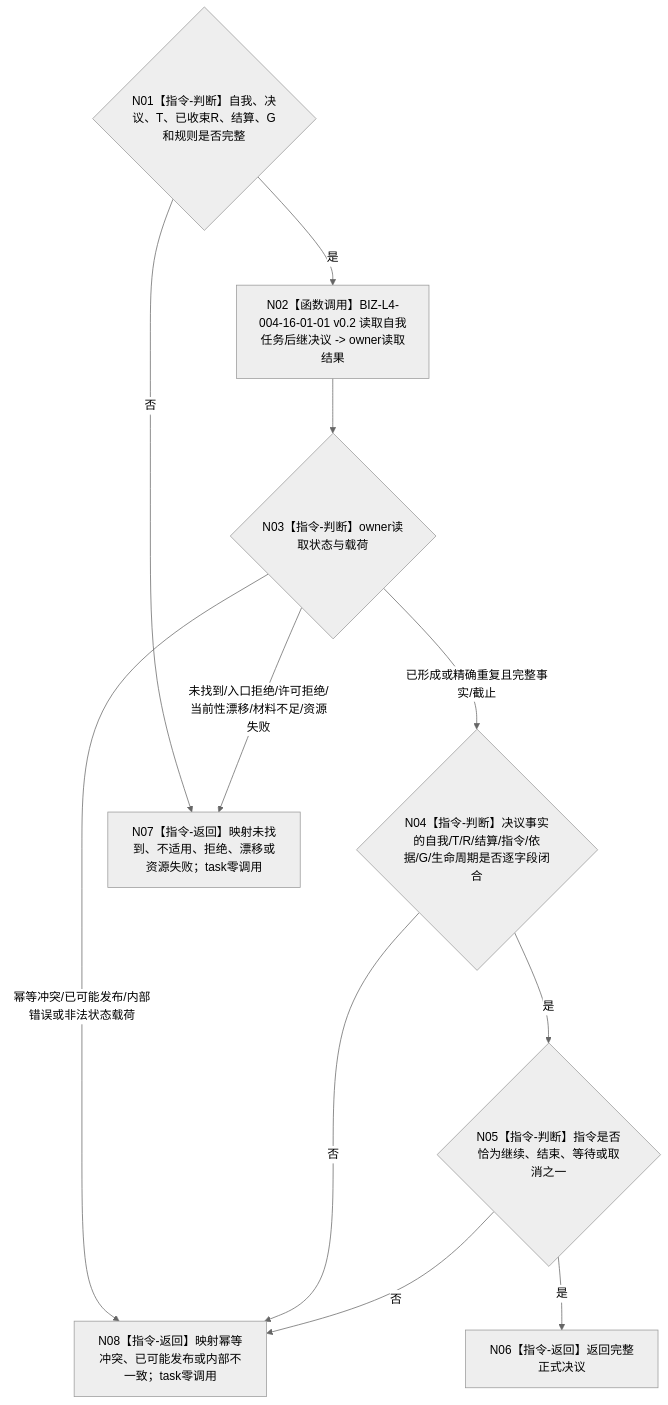
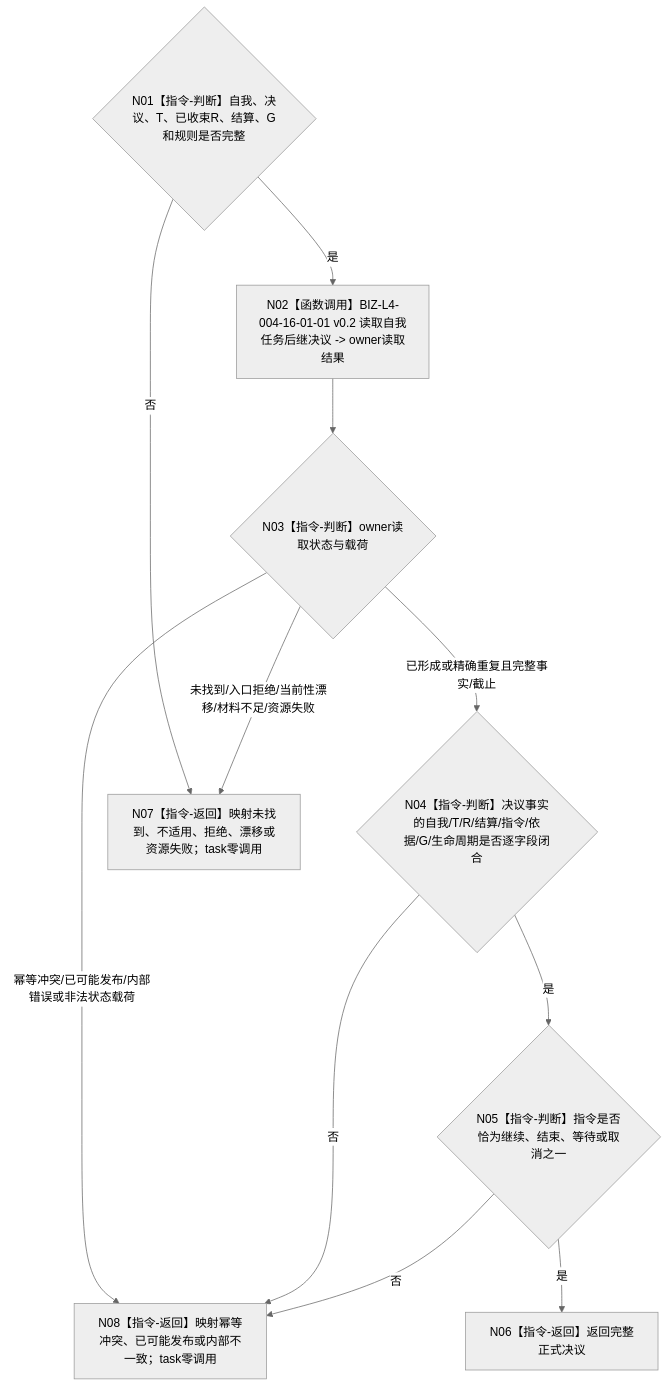
Before and after one commit to chunhaizh-cyber/HY-Ego: the diagram in 流程图/目标业务流程图/L3/BIZ-L3-004-16-01_独立读取并互证自我任务后继决议_目标函数流程图_v0.2.md, drawn with Mermaid (neutral theme). The commit also changed other lines of this file and 24 other files, not shown here.

````diff
--- a/流程图/目标业务流程图/L3/BIZ-L3-004-16-01_独立读取并互证自我任务后继决议_目标函数流程图_v0.2.md
+++ b/流程图/目标业务流程图/L3/BIZ-L3-004-16-01_独立读取并互证自我任务后继决议_目标函数流程图_v0.2.md
@@ -32,21 +32,21 @@
 ```mermaid
 flowchart TD
     N01{"N01【指令-判断】自我、决议、T、已收束R、结算、G和规则是否完整"}
     N02["N02【函数调用】BIZ-L4-004-16-01-01 v0.2 读取自我任务后继决议 -> owner读取结果"]
     N03{"N03【指令-判断】owner读取状态与载荷"}
     N04{"N04【指令-判断】决议事实的自我/T/R/结算/指令/依据/G/生命周期是否逐字段闭合"}
     N05{"N05【指令-判断】指令是否恰为继续、结束、等待或取消之一"}
     N06["N06【指令-返回】返回完整正式决议"]
     N07["N07【指令-返回】映射未找到、不适用、拒绝、漂移或资源失败；task零调用"]
     N08["N08【指令-返回】映射幂等冲突、已可能发布或内部不一致；task零调用"]
 
     N01 -->|否| N07
     N01 -->|是| N02 --> N03
     N03 -->|已形成或精确重复且完整事实/截止| N04
-    N03 -->|未找到/入口拒绝/许可拒绝/当前性漂移/材料不足/资源失败| N07
+    N03 -->|未找到/入口拒绝/当前性漂移/材料不足/资源失败| N07
     N03 -->|幂等冲突/已可能发布/内部错误或非法状态载荷| N08
     N04 -->|否| N08
     N04 -->|是| N05
     N05 -->|否| N08
     N05 -->|是| N06
 ```
````
